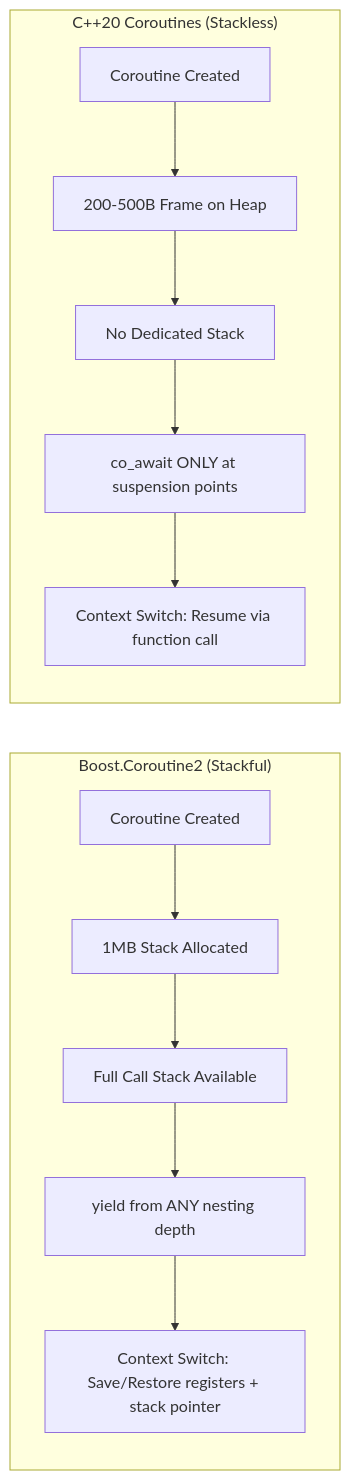
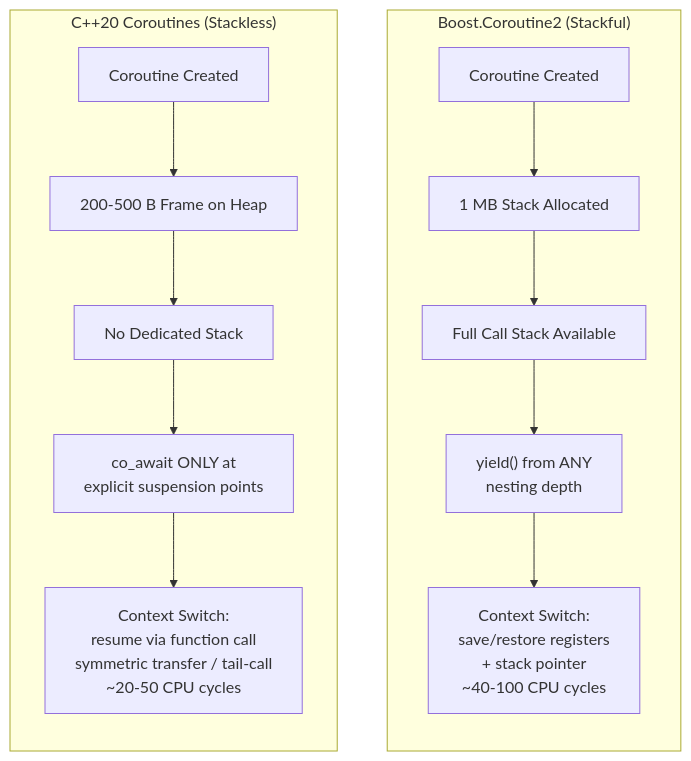
The first of 19 diagrams in BoostToStdCoroutineSwitchPlan.md (XRPL-Node/rippled), drawn with Mermaid before and after one commit. The commit also changed other lines of this file and 5 other files, not shown here.

````diff
--- a/BoostToStdCoroutineSwitchPlan.md
+++ b/BoostToStdCoroutineSwitchPlan.md
@@ -28,16 +28,22 @@
 ```mermaid
-graph LR
-    subgraph "Boost.Coroutine2 (Stackful)"
-        A[Coroutine Created] --> B[1MB Stack Allocated]
-        B --> C[Full Call Stack Available]
-        C --> D[yield from ANY nesting depth]
-        D --> E[Context Switch: Save/Restore registers + stack pointer]
+graph TD
+    subgraph Boost["Boost.Coroutine2 (Stackful)"]
+        direction TB
+        B1["Coroutine Created"]
+        B2["1 MB Stack Allocated"]
+        B3["Full Call Stack Available"]
+        B4["yield&lpar;&rpar; from ANY<br/>nesting depth"]
+        B5["Context Switch:<br/>save/restore registers<br/>+ stack pointer<br/>~40-100 CPU cycles"]
+        B1 --> B2 --> B3 --> B4 --> B5
     end
 
-    subgraph "C++20 Coroutines (Stackless)"
-        F[Coroutine Created] --> G["200-500B Frame on Heap"]
-        G --> H[No Dedicated Stack]
-        H --> I[co_await ONLY at suspension points]
-        I --> J[Context Switch: Resume via function call]
+    subgraph Std["C++20 Coroutines (Stackless)"]
+        direction TB
+        S1["Coroutine Created"]
+        S2["200-500 B Frame on Heap"]
+        S3["No Dedicated Stack"]
+        S4["co_await ONLY at<br/>explicit suspension points"]
+        S5["Context Switch:<br/>resume via function call<br/>symmetric transfer / tail-call<br/>~20-50 CPU cycles"]
+        S1 --> S2 --> S3 --> S4 --> S5
     end
 ```
````
